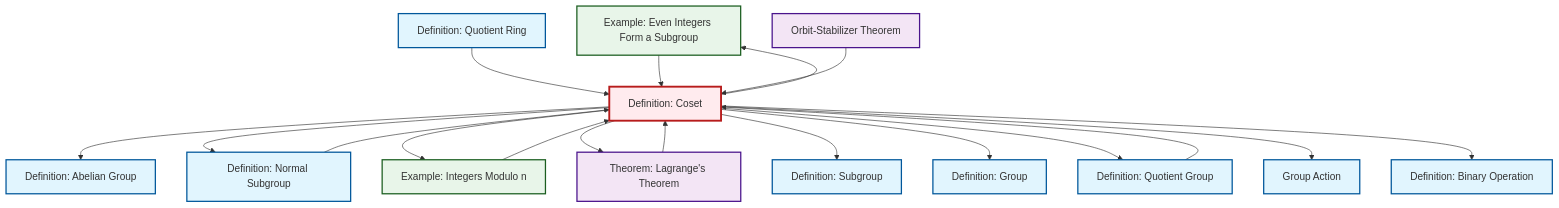
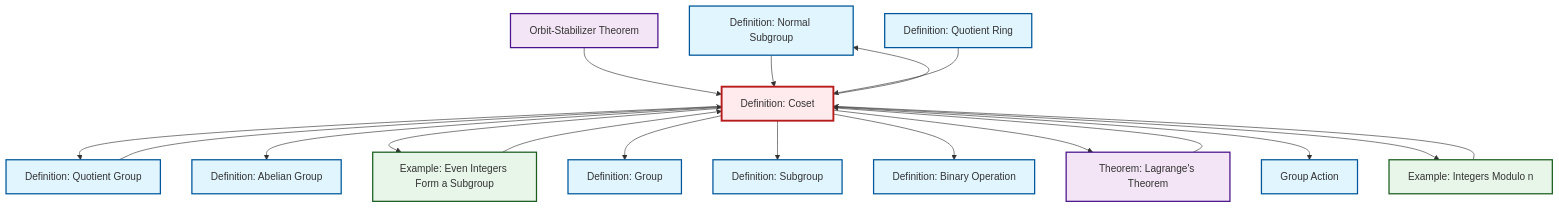
Before and after one commit to RK0429/ModernMath: the diagram in content/en/algebra/def-coset.qmd, drawn with Mermaid. The commit also changed other lines of this file and 619 other files, not shown here.

````diff
--- a/content/en/algebra/def-coset.qmd
+++ b/content/en/algebra/def-coset.qmd
@@ -162,52 +162,52 @@
 ```{mermaid}
 %%| fig-cap: "Local dependency graph"
 graph TD
     classDef definition fill:#e1f5fe,stroke:#01579b,stroke-width:2px
     classDef theorem fill:#f3e5f5,stroke:#4a148c,stroke-width:2px
     classDef axiom fill:#fff3e0,stroke:#e65100,stroke-width:2px
     classDef example fill:#e8f5e9,stroke:#1b5e20,stroke-width:2px
     classDef current fill:#ffebee,stroke:#b71c1c,stroke-width:3px
+    def-binary-operation["Definition: Binary Operation"]:::definition
+    def-normal-subgroup["Definition: Normal Subgroup"]:::definition
+    def-abelian-group["Definition: Abelian Group"]:::definition
+    thm-lagrange["Theorem: Lagrange's Theorem"]:::theorem
+    def-group["Definition: Group"]:::definition
+    def-subgroup["Definition: Subgroup"]:::definition
+    def-quotient-group["Definition: Quotient Group"]:::definition
     ex-even-integers-subgroup["Example: Even Integers Form a Subgroup"]:::example
+    def-coset["Definition: Coset"]:::definition
     ex-quotient-integers-mod-n["Example: Integers Modulo n"]:::example
+    thm-orbit-stabilizer["Orbit-Stabilizer Theorem"]:::theorem
+    def-quotient-ring["Definition: Quotient Ring"]:::definition
     def-group-action["Group Action"]:::definition
-    thm-lagrange["Theorem: Lagrange's Theorem"]:::theorem
-    def-quotient-ring["Definition: Quotient Ring"]:::definition
-    def-coset["Definition: Coset"]:::definition
-    thm-orbit-stabilizer["Orbit-Stabilizer Theorem"]:::theorem
-    def-normal-subgroup["Definition: Normal Subgroup"]:::definition
-    def-quotient-group["Definition: Quotient Group"]:::definition
-    def-abelian-group["Definition: Abelian Group"]:::definition
-    def-subgroup["Definition: Subgroup"]:::definition
-    def-group["Definition: Group"]:::definition
-    def-binary-operation["Definition: Binary Operation"]:::definition
+    def-coset --> def-quotient-group
     def-coset --> def-abelian-group
+    def-coset --> ex-even-integers-subgroup
+    thm-orbit-stabilizer --> def-coset
+    def-quotient-group --> def-coset
+    def-coset --> def-group
+    def-coset --> def-subgroup
+    ex-even-integers-subgroup --> def-coset
+    def-coset --> def-binary-operation
+    def-normal-subgroup --> def-coset
     def-coset --> def-normal-subgroup
+    def-quotient-ring --> def-coset
+    thm-lagrange --> def-coset
+    ex-quotient-integers-mod-n --> def-coset
+    def-coset --> thm-lagrange
+    def-coset --> def-group-action
     def-coset --> ex-quotient-integers-mod-n
-    def-coset --> ex-even-integers-subgroup
-    def-coset --> thm-lagrange
-    def-quotient-ring --> def-coset
-    ex-quotient-integers-mod-n --> def-coset
-    def-quotient-group --> def-coset
-    thm-lagrange --> def-coset
-    ex-even-integers-subgroup --> def-coset
-    def-coset --> def-subgroup
-    def-coset --> def-group
-    def-coset --> def-quotient-group
-    def-normal-subgroup --> def-coset
-    def-coset --> def-group-action
-    def-coset --> def-binary-operation
-    thm-orbit-stabilizer --> def-coset
     class def-coset current
+    click def-binary-operation "def-binary-operation.html" "Go to Binary Operation definition"
+    click def-normal-subgroup "def-normal-subgroup.html" "Go to Normal Subgroup definition"
+    click def-abelian-group "def-abelian-group.html" "Go to Abelian Group definition"
+    click thm-lagrange "thm-lagrange.html" "Go to Lagrange's Theorem theorem"
+    click def-group "def-group.html" "Go to Group definition"
+    click def-subgroup "def-subgroup.html" "Go to Subgroup definition"
+    click def-quotient-group "def-quotient-group.html" "Go to Quotient Group definition"
     click ex-even-integers-subgroup "ex-even-integers-subgroup.html" "Go to Even Integers Form a Subgroup example"
     click ex-quotient-integers-mod-n "ex-quotient-integers-mod-n.html" "Go to Integers Modulo n example"
+    click thm-orbit-stabilizer "thm-orbit-stabilizer.html" "Go to Orbit-Stabilizer Theorem"
+    click def-quotient-ring "def-quotient-ring.html" "Go to Quotient Ring definition"
     click def-group-action "def-group-action.html" "Go to Group Action"
-    click thm-lagrange "thm-lagrange.html" "Go to Lagrange's Theorem theorem"
-    click def-quotient-ring "def-quotient-ring.html" "Go to Quotient Ring definition"
-    click thm-orbit-stabilizer "thm-orbit-stabilizer.html" "Go to Orbit-Stabilizer Theorem"
-    click def-normal-subgroup "def-normal-subgroup.html" "Go to Normal Subgroup definition"
-    click def-quotient-group "def-quotient-group.html" "Go to Quotient Group definition"
-    click def-abelian-group "def-abelian-group.html" "Go to Abelian Group definition"
-    click def-subgroup "def-subgroup.html" "Go to Subgroup definition"
-    click def-group "def-group.html" "Go to Group definition"
-    click def-binary-operation "def-binary-operation.html" "Go to Binary Operation definition"
 ```
````
